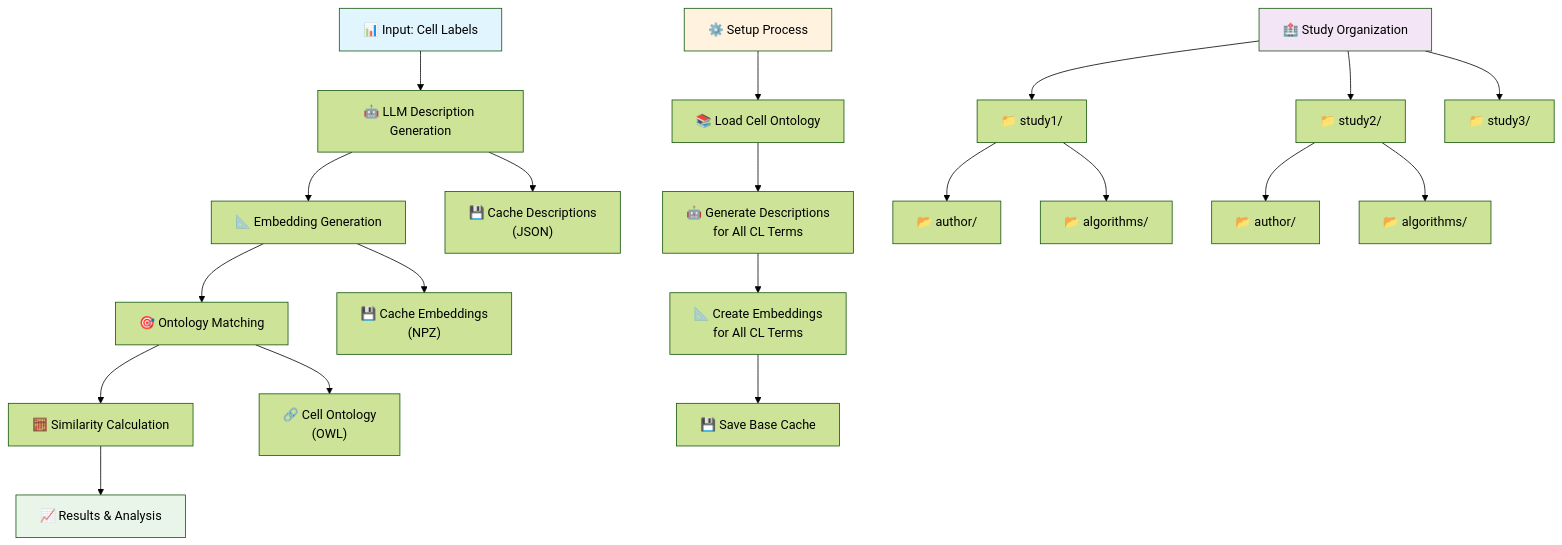
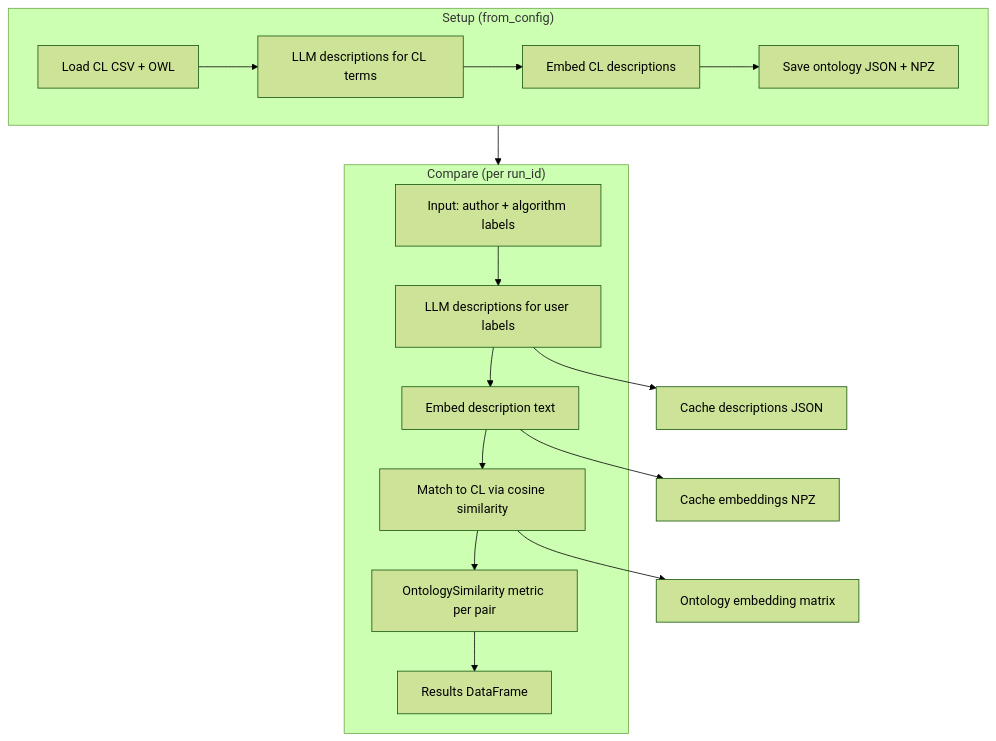
The first of 2 diagrams in docs/WORKFLOW.md (NygenAnalytics/CyteOnto), drawn with Mermaid (forest theme) before and after one commit. The commit also changed other lines of this file and 47 other files, not shown here.

First line of the commit message:
Schema V3 (#30)

````diff
--- a/docs/WORKFLOW.md
+++ b/docs/WORKFLOW.md
@@ -63,30 +74,25 @@
 ```mermaid
 flowchart TD
-    A["📊 Input: Cell Labels"] --> B["🤖 LLM Description Generation"]
-    B --> C["📐 Embedding Generation"]
-    C --> D["🎯 Ontology Matching"]
-    D --> E["🧮 Similarity Calculation"]
-    E --> F["📈 Results & Analysis"]
-    
-    B --> B1["💾 Cache Descriptions<br/>(JSON)"]
-    C --> C1["💾 Cache Embeddings<br/>(NPZ)"]
-    D --> D1["🔗 Cell Ontology<br/>(OWL)"]
-    
-    G["⚙️ Setup Process"] --> H["📚 Load Cell Ontology"]
-    H --> I["🤖 Generate Descriptions<br/>for All CL Terms"]
-    I --> J["📐 Create Embeddings<br/>for All CL Terms"] 
-    J --> K["💾 Save Base Cache"]
-    
-    L["🏥 Study Organization"] --> M["📁 study1/"]
-    L --> N["📁 study2/"]
-    L --> O["📁 study3/"]
-    M --> M1["📂 author/"]
-    M --> M2["📂 algorithms/"]
-    N --> N1["📂 author/"]
-    N --> N2["📂 algorithms/"]
-    
-    style A fill:#e1f5fe
-    style F fill:#e8f5e8
-    style G fill:#fff3e0
-    style L fill:#f3e5f5
+    subgraph setup ["Setup (from_config)"]
+        H["Load CL CSV + OWL"]
+        I["LLM descriptions for CL terms"]
+        J["Embed CL descriptions"]
+        K["Save ontology JSON + NPZ"]
+        H --> I --> J --> K
+    end
+
+    subgraph compare ["Compare (per run_id)"]
+        A["Input: author + algorithm labels"]
+        B["LLM descriptions for user labels"]
+        C["Embed description text"]
+        D["Match to CL via cosine similarity"]
+        E["OntologySimilarity metric per pair"]
+        F["Results DataFrame"]
+        A --> B --> C --> D --> E --> F
+    end
+
+    setup --> compare
+    B --> B1["Cache descriptions JSON"]
+    C --> C1["Cache embeddings NPZ"]
+    D --> D1["Ontology embedding matrix"]
 ```
````
